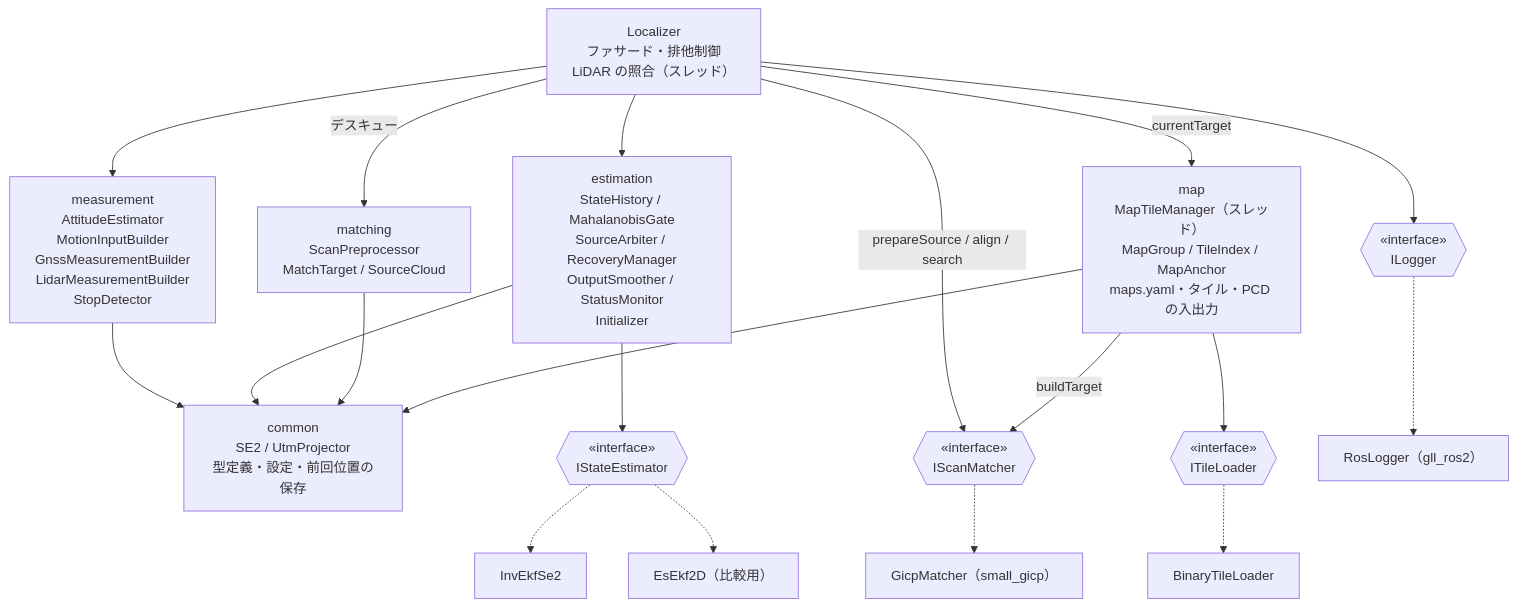
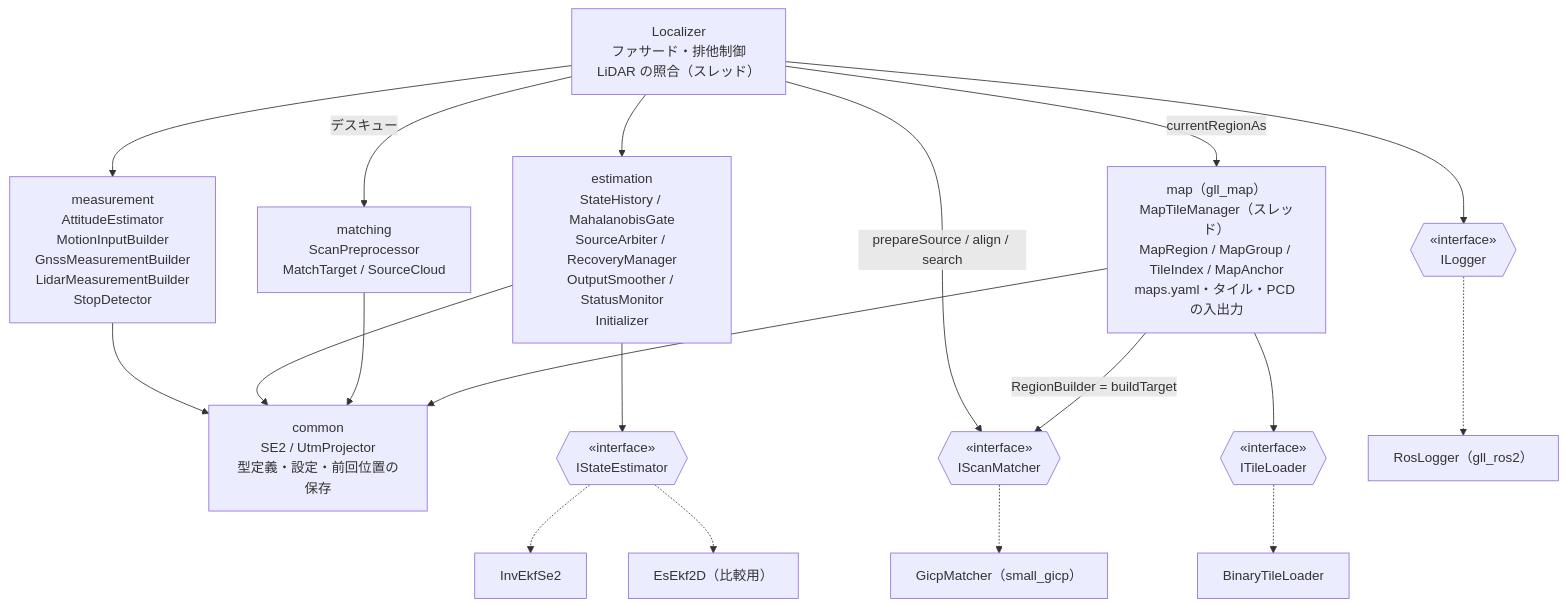
One commit to mamoru1126/gnss_and_lidar_localization changed the second of 15 diagrams in docs/architecture.md. Above: the diagram before and after it, drawn with Mermaid. The commit also changed other lines of this file and 48 other files, not shown here.

First line of the commit message:
feat(map): 地図のタイル化と動的ロードを単体で使えるライブラリ gll_map に切り出す

````diff
--- a/docs/architecture.md
+++ b/docs/architecture.md
@@ -81,42 +86,42 @@
 ```mermaid
 flowchart TB
   LOC["Localizer<br/>ファサード・排他制御<br/>LiDAR の照合（スレッド）"]
 
   MEAS["measurement<br/>AttitudeEstimator<br/>MotionInputBuilder<br/>GnssMeasurementBuilder<br/>LidarMeasurementBuilder<br/>StopDetector"]
   EST["estimation<br/>StateHistory / MahalanobisGate<br/>SourceArbiter / RecoveryManager<br/>OutputSmoother / StatusMonitor<br/>Initializer"]
   MATCH["matching<br/>ScanPreprocessor<br/>MatchTarget / SourceCloud"]
-  MAPC["map<br/>MapTileManager（スレッド）<br/>MapGroup / TileIndex / MapAnchor<br/>maps.yaml・タイル・PCD の入出力"]
+  MAPC["map（gll_map）<br/>MapTileManager（スレッド）<br/>MapRegion / MapGroup / TileIndex / MapAnchor<br/>maps.yaml・タイル・PCD の入出力"]
   COMMON["common<br/>SE2 / UtmProjector<br/>型定義・設定・前回位置の保存"]
 
   ISE{{"«interface»<br/>IStateEstimator"}}
   ISM{{"«interface»<br/>IScanMatcher"}}
   ITL{{"«interface»<br/>ITileLoader"}}
   ILG{{"«interface»<br/>ILogger"}}
 
   INVEKF["InvEkfSe2"]
   ESEKF["EsEkf2D（比較用）"]
   GICP["GicpMatcher（small_gicp）"]
   BTL["BinaryTileLoader"]
   RLOG["RosLogger（gll_ros2）"]
 
   LOC --> MEAS
   LOC --> EST
   LOC -->|"デスキュー"| MATCH
-  LOC -->|"currentTarget"| MAPC
+  LOC -->|"currentRegionAs"| MAPC
   LOC -->|"prepareSource / align / search"| ISM
   LOC --> ILG
 
   EST --> ISE
   ISE -.-> INVEKF
   ISE -.-> ESEKF
   ISM -.-> GICP
-  MAPC -->|"buildTarget"| ISM
+  MAPC -->|"RegionBuilder = buildTarget"| ISM
   MAPC --> ITL
   ITL -.-> BTL
   ILG -.-> RLOG
 
   MEAS --> COMMON
   EST --> COMMON
   MATCH --> COMMON
   MAPC --> COMMON
 ```
````
